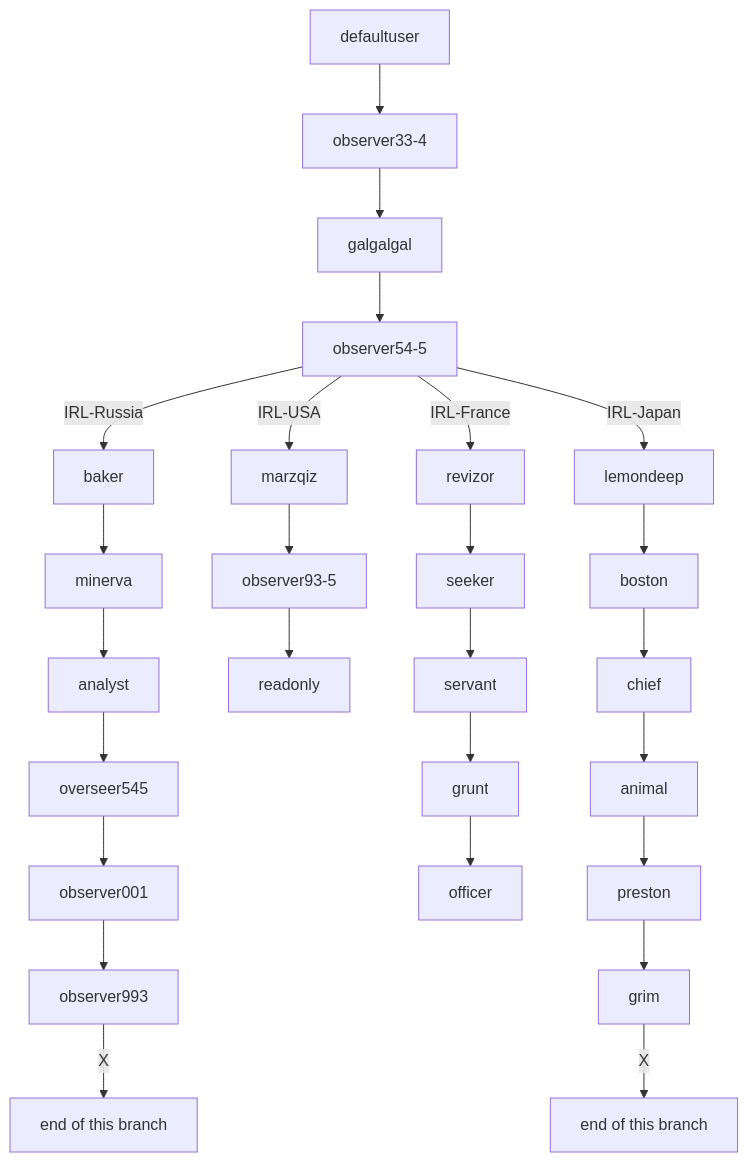
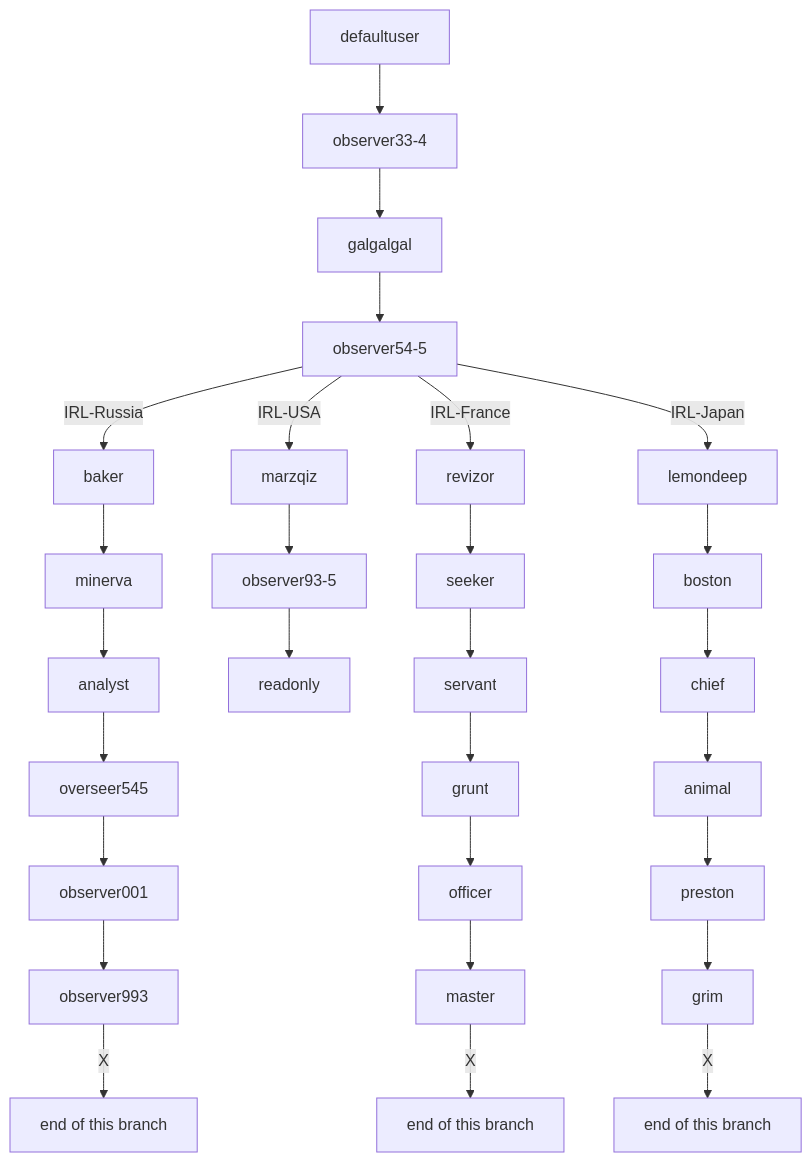
One commit to Philsie/ARRS-documentation changed the diagram in README.md. Above: the diagram before and after it, drawn with Mermaid. The commit also changed other lines of this file, not shown here.

Commit message:
Update README.md
added end of French branch

````diff
--- a/README.md
+++ b/README.md
@@ -41,32 +42,34 @@
 ```mermaid
 graph TD;
     defaultuser --> observer33-4;
     observer33-4 --> galgalgal;
     galgalgal --> observer54-5;
 
     observer54-5 --IRL-Russia--> baker;
     baker --> minerva;
     minerva --> analyst;
     analyst --> overseer545;
     overseer545 --> observer001;
     observer001 --> observer993;
     observer993 --X--> russiaEnd["end of this branch"];
 
     observer54-5 --IRL-USA--> marzqiz;
     marzqiz --> observer93-5;
     observer93-5 --> readonly;
 
     observer54-5 --IRL-France--> revizor;
     revizor --> seeker;
     seeker --> servant;
     servant --> grunt;
     grunt --> officer;
+    officer --> master;
+    master --X--> franceEnd["end of this branch"];
 
     observer54-5 --IRL-Japan--> lemondeep;
     lemondeep --> boston;
     boston --> chief;
     chief --> animal;
     animal --> preston;
     preston --> grim;
     grim --X--> japanEnd["end of this branch"];
 ```
````
